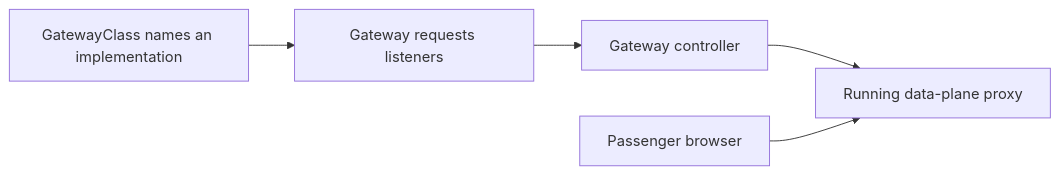
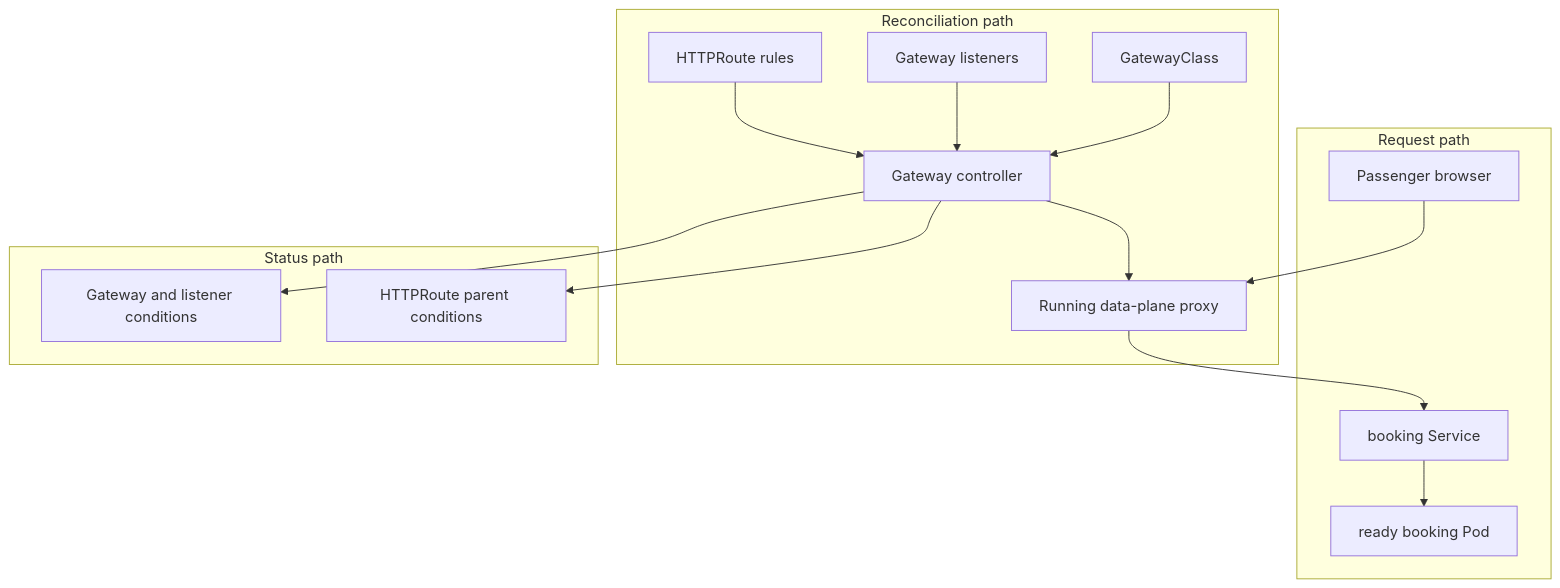
One commit to darshan-raul/apollo11-docs changed the second of 5 diagrams in docs/learn/networking/gateway-api.md. Above: the diagram before and after it, drawn with Mermaid. The commit also changed other lines of this file and 56 other files, not shown here.

````diff
--- a/docs/learn/networking/gateway-api.md
+++ b/docs/learn/networking/gateway-api.md
@@ -31,7 +223,18 @@
-~~~mermaid
-flowchart LR
-  GC[GatewayClass names an implementation] --> G[Gateway requests listeners]
-  G --> C[Gateway controller]
-  C --> P[Running data-plane proxy]
-  Browser[Passenger browser] --> P
-~~~
+```mermaid
+flowchart TB
+  subgraph Reconciliation[Reconciliation path]
+    GC[GatewayClass] --> Controller[Gateway controller]
+    G[Gateway listeners] --> Controller
+    R[HTTPRoute rules] --> Controller
+    Controller --> Proxy[Running data-plane proxy]
+  end
+  subgraph Request[Request path]
+    Browser[Passenger browser] --> Proxy
+    Proxy --> Service[booking Service]
+    Service --> Pod[ready booking Pod]
+  end
+  subgraph Status[Status path]
+    Controller --> GStatus[Gateway and listener conditions]
+    Controller --> RStatus[HTTPRoute parent conditions]
+  end
+```
````
